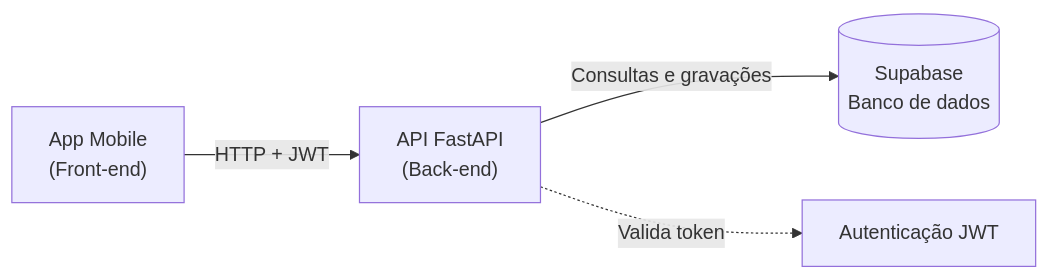
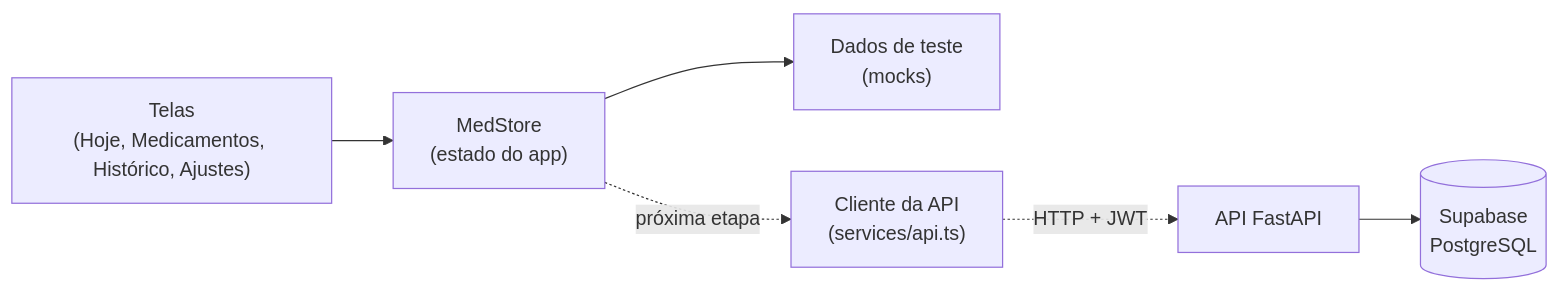
The first of 9 diagrams in docs/diagramas.md (amandaadb/Projeto-Saude-em-dia-), drawn with Mermaid before and after one commit. The commit also changed other lines of this file, not shown here.

````diff
--- a/docs/diagramas.md
+++ b/docs/diagramas.md
@@ -7,6 +11,8 @@
 ```mermaid
 flowchart LR
-    A["App Mobile<br/>(Front-end)"] -->|"HTTP + JWT"| B["API FastAPI<br/>(Back-end)"]
-    B -->|"Consultas e gravações"| C[("Supabase<br/>Banco de dados")]
-    B -.->|"Valida token"| D["Autenticação JWT"]
+    T["Telas<br/>(Hoje, Medicamentos, Histórico, Ajustes)"] --> S["MedStore<br/>(estado do app)"]
+    S --> M["Dados de teste<br/>(mocks)"]
+    S -.->|"próxima etapa"| C["Cliente da API<br/>(services/api.ts)"]
+    C -.->|"HTTP + JWT"| B["API FastAPI"]
+    B --> D[("Supabase<br/>PostgreSQL")]
 ```
````
